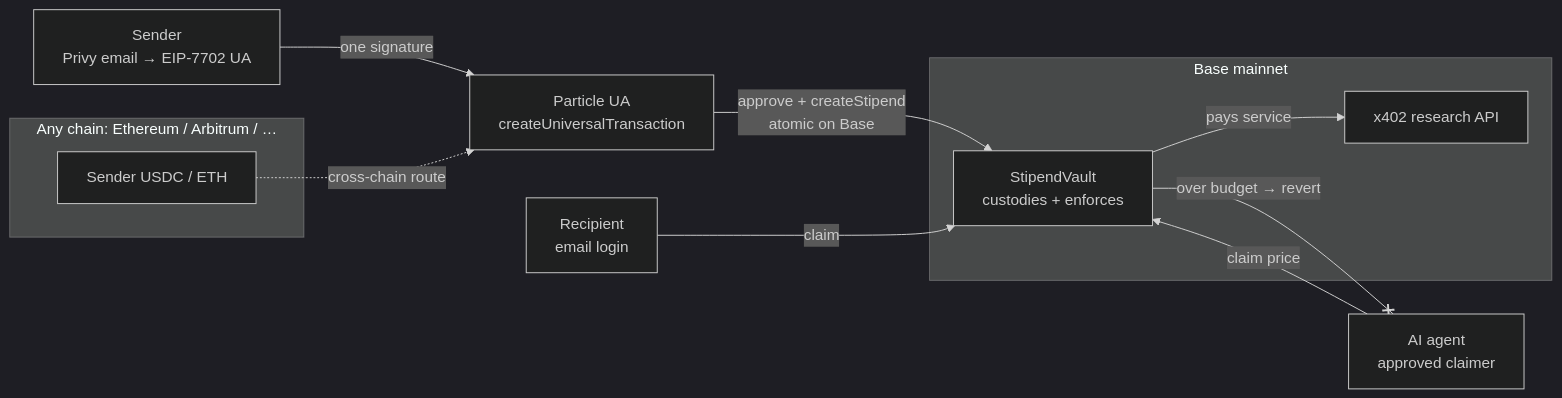
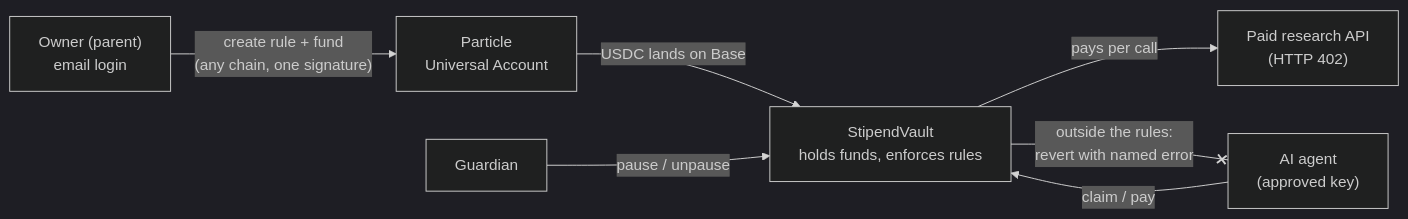
Before and after one commit to Demiladepy/stipend-fintech: the diagram in README.md, drawn with Mermaid (dark theme). The commit also changed other lines of this file and 4 other files, not shown here.

````diff
--- a/README.md
+++ b/README.md
@@ -171,19 +22,9 @@
 ```mermaid
 flowchart LR
-    subgraph ANY["Any chain: Ethereum / Arbitrum / …"]
-        FUNDS["Sender USDC / ETH"]
-    end
-
-    subgraph BASE["Base mainnet"]
-        VAULT["StipendVault\ncustodies + enforces"]
-        SVC["x402 research API"]
-    end
-
-    SENDER["Sender\nPrivy email → EIP-7702 UA"] -- "one signature" --> UA["Particle UA\ncreateUniversalTransaction"]
-    FUNDS -. "cross-chain route" .-> UA
-    UA -- "approve + createStipend\natomic on Base" --> VAULT
-    RECIP["Recipient\nemail login"] -- "claim" --> VAULT
-    AGENT["AI agent\napproved claimer"] -- "claim price" --> VAULT
-    VAULT -- "pays service" --> SVC
-    VAULT -- "over budget → revert" --x AGENT
+    OWNER["Owner (parent)<br/>email login"] -- "create rule + fund<br/>(any chain, one signature)" --> UA["Particle<br/>Universal Account"]
+    UA -- "USDC lands on Base" --> VAULT["StipendVault<br/>holds funds, enforces rules"]
+    GUARD["Guardian"] -- "pause / unpause" --> VAULT
+    AGENT["AI agent<br/>(approved key)"] -- "claim / pay" --> VAULT
+    VAULT -- "pays per call" --> API["Paid research API<br/>(HTTP 402)"]
+    VAULT -- "outside the rules:<br/>revert with named error" --x AGENT
 ```
````
